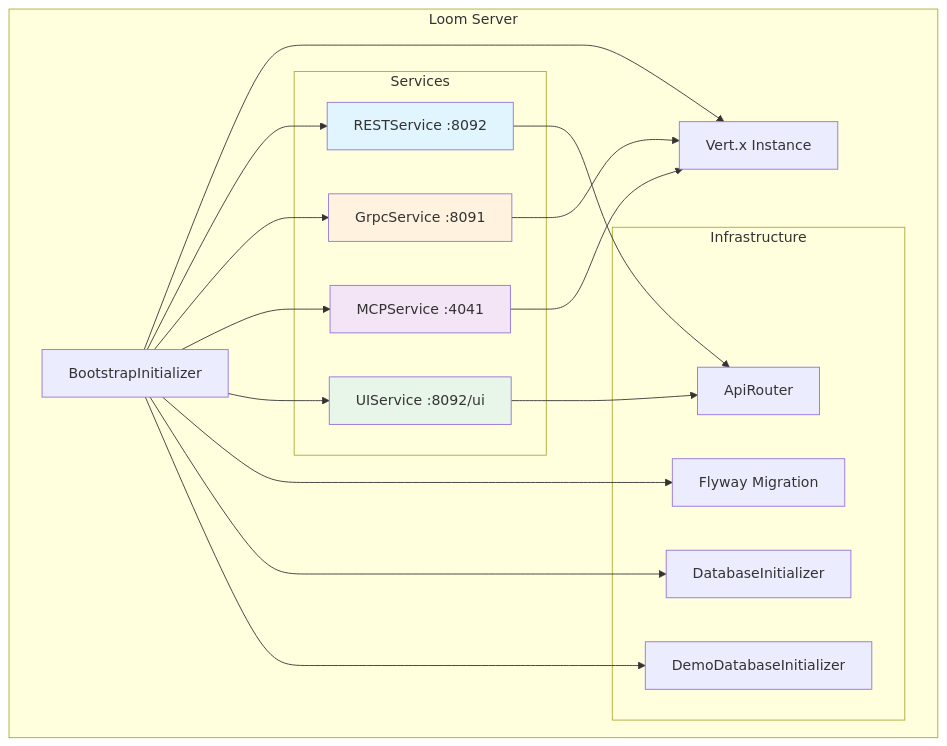
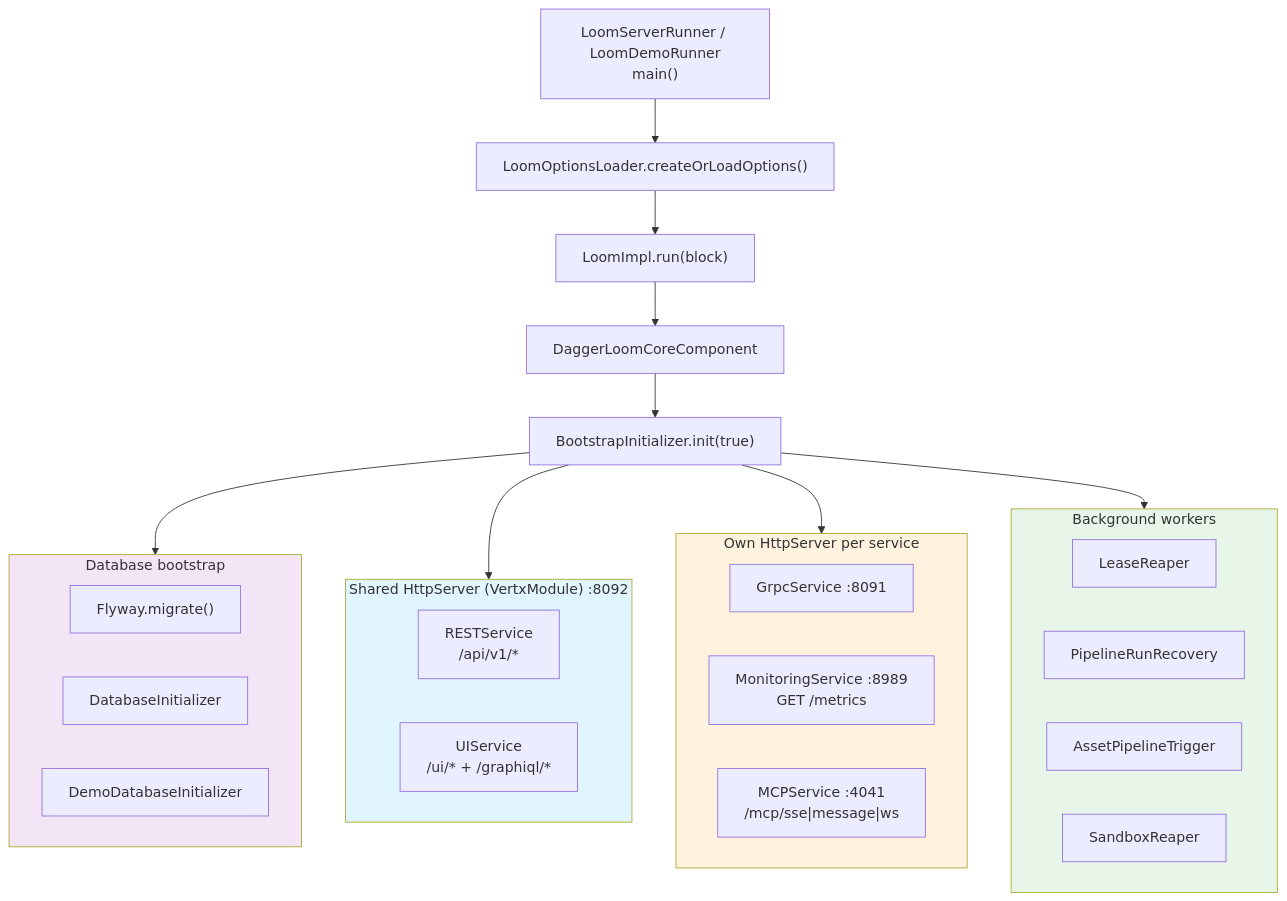
The diagram in spec/loom/SERVER.md (metaloom/metaloom), drawn with Mermaid before and after one commit. The commit also changed other lines of this file and 45 other files, not shown here.

````diff
--- a/spec/loom/SERVER.md
+++ b/spec/loom/SERVER.md
@@ -9,40 +40,44 @@
 ```mermaid
 graph TB
-    subgraph "Loom Server"
-        Bootstrap[BootstrapInitializer]
-        Vertx[Vert.x Instance]
-        
-        subgraph "Services"
-            REST[RESTService :8092]
-            GRPC[GrpcService :8091]
-            MCP[MCPService :4041]
-            UI[UIService :8092/ui]
-        end
-        
-        subgraph "Infrastructure"
-            Router[ApiRouter]
-            Flyway[Flyway Migration]
-            DBInit[DatabaseInitializer]
-            DemoInit[DemoDatabaseInitializer]
-        end
+    Runner["LoomServerRunner / LoomDemoRunner<br/>main()"]
+    Loader["LoomOptionsLoader.createOrLoadOptions()"]
+    Impl["LoomImpl.run(block)"]
+    Dagger["DaggerLoomCoreComponent"]
+    Boot["BootstrapInitializer.init(true)"]
+
+    Runner --> Loader --> Impl --> Dagger --> Boot
+
+    subgraph shared["Shared HttpServer (VertxModule) :8092"]
+        REST["RESTService<br/>/api/v1/*"]
+        UI["UIService<br/>/ui/* + /graphiql/*"]
     end
-    
-    Bootstrap --> Vertx
-    Bootstrap --> REST
-    Bootstrap --> GRPC
-    Bootstrap --> MCP
-    Bootstrap --> UI
-    Bootstrap --> Flyway
-    Bootstrap --> DBInit
-    Bootstrap --> DemoInit
-    
-    REST --> Router
-    GRPC --> Vertx
-    MCP --> Vertx
-    UI --> Router
-    
-    style REST fill:#e1f5fe
-    style GRPC fill:#fff3e0
-    style MCP fill:#f3e5f5
-    style UI fill:#e8f5e9
+
+    subgraph own["Own HttpServer per service"]
+        GRPC["GrpcService :8091"]
+        MON["MonitoringService :8989<br/>GET /metrics"]
+        MCP["MCPService :4041<br/>/mcp/sse|message|ws"]
+    end
+
+    subgraph db["Database bootstrap"]
+        FW["Flyway.migrate()"]
+        DBI["DatabaseInitializer"]
+        DEMO["DemoDatabaseInitializer"]
+    end
+
+    subgraph bg["Background workers"]
+        LR["LeaseReaper"]
+        PRR["PipelineRunRecovery"]
+        APT["AssetPipelineTrigger"]
+        SR["SandboxReaper"]
+    end
+
+    Boot --> db
+    Boot --> shared
+    Boot --> own
+    Boot --> bg
+
+    style shared fill:#e1f5fe
+    style own fill:#fff3e0
+    style db fill:#f3e5f5
+    style bg fill:#e8f5e9
 ```
````
